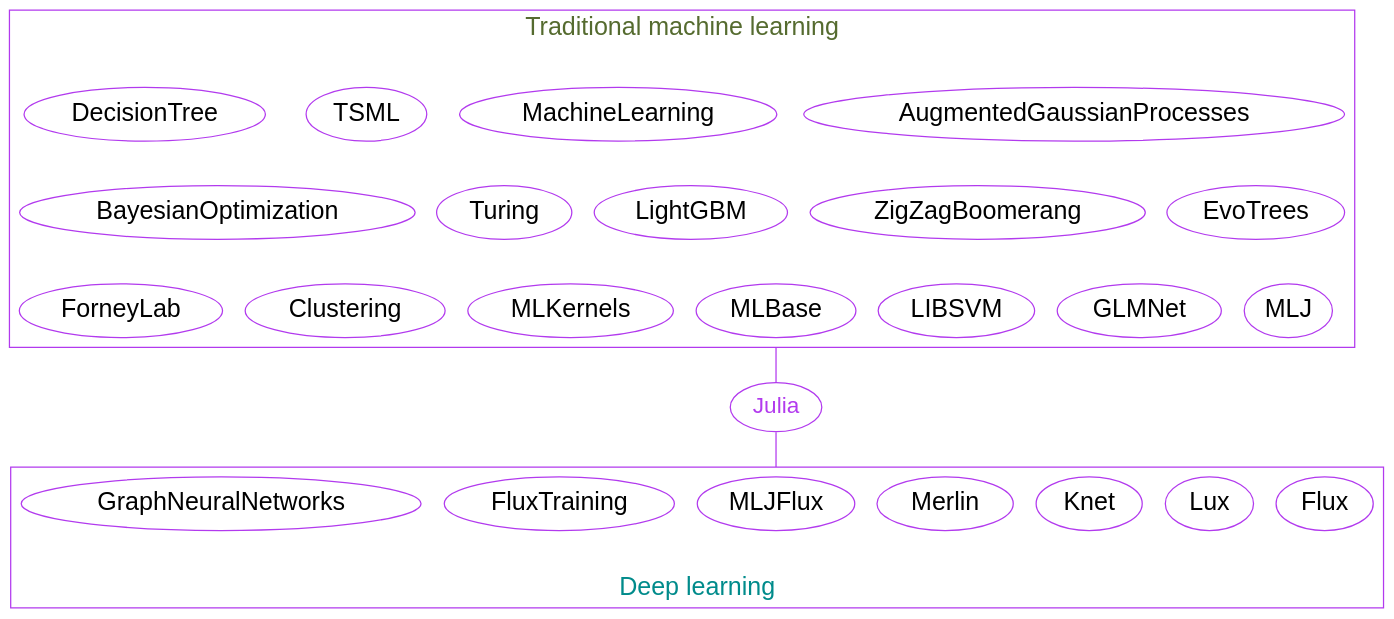
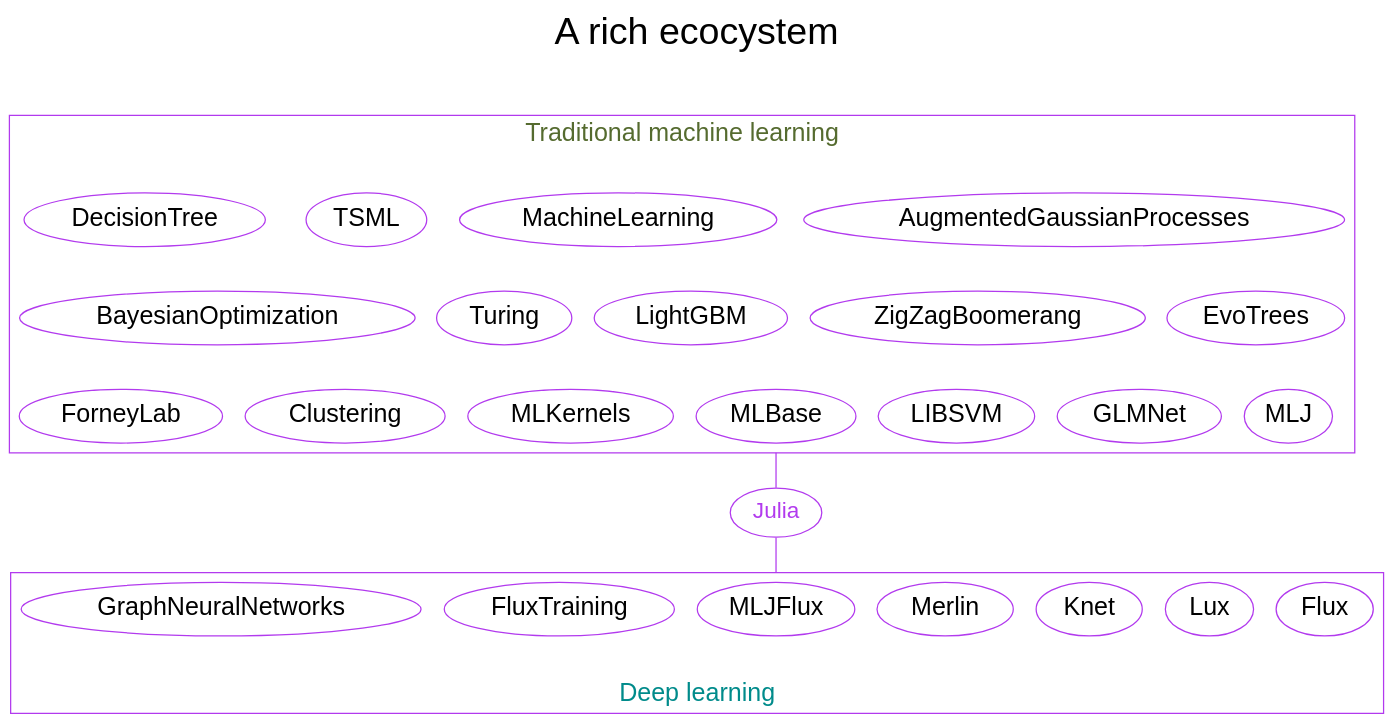
One commit to WestDRI/arc-training changed the eighth of 19 diagrams in ml/frameworks_slides.qmd. Above: the diagram before and after it, drawn with Graphviz. The commit also changed other lines of this file, not shown here.

````diff
--- a/ml/frameworks_slides.qmd
+++ b/ml/frameworks_slides.qmd
@@ -363,51 +340,55 @@
 ```{dot}
 //| echo: false
 
 strict graph {
 
+  label="A rich ecocystem\n\n"
+  labelloc=t
+  fontsize=30
+
   bgcolor="transparent"
   graph [fontname="Inconsolata, sans-serif"]
   node [fontname="Inconsolata, sans-serif", color=darkorchid2]
   compound=true
-  
+
   subgraph cluster_ml {
 	label="Traditional machine learning\n\n"
 	color=darkorchid2
 	fontcolor=darkolivegreen
 	fontsize=20
 	edge [style=invis]
 	node [fontsize=20]
 	{rank=same; AugmentedGaussianProcesses MachineLearning TSML DecisionTree}
 	{rank=same; EvoTrees ZigZagBoomerang LightGBM Turing BayesianOptimization}
 	{rank=same; MLJ GLMNet LIBSVM MLBase MLKernels Clustering ForneyLab}
 	AugmentedGaussianProcesses -- EvoTrees -- MLJ
   }
 
   subgraph cluster_dl {	
 	label="\nDeep learning"
 	color=darkorchid2
 	fontcolor=darkcyan
 	fontsize=20
 	labelloc=b
 	node [fontsize=20]
 	Flux Lux Knet Merlin MLJFlux FluxTraining GraphNeuralNetworks
   }
 
   Flux [URL="https://github.com/FluxML/Flux.jl"]
   Lux [URL="https://github.com/LuxDL/"]
   Knet [URL="https://github.com/denizyuret/Knet.jl"]
   Merlin [URL=""]
   MLJFlux [URL=""]
   FluxTraining [URL=""]
   GraphNeuralNetworks [URL=""]
   MLJ [URL="https://github.com/alan-turing-institute/MLJ.jl"]
   Turing [URL="https://github.com/TuringLang/Turing.jl"]
 
   Julia [fontsize=18]
   Julia [fontcolor=darkorchid2, URL="https://julialang.org/"]
 
   MLBase -- Julia [ltail=cluster_ml, color=darkorchid2]
   Julia -- MLJFlux [lhead=cluster_dl, color=darkorchid2]
-  
+
 }
 ```
````
